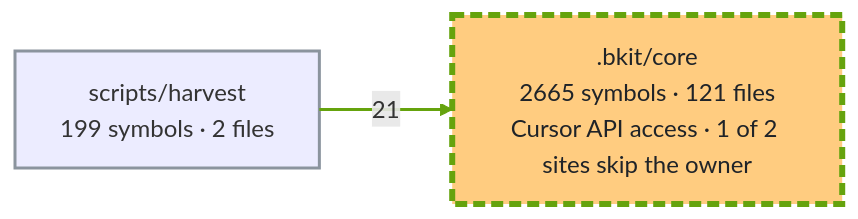
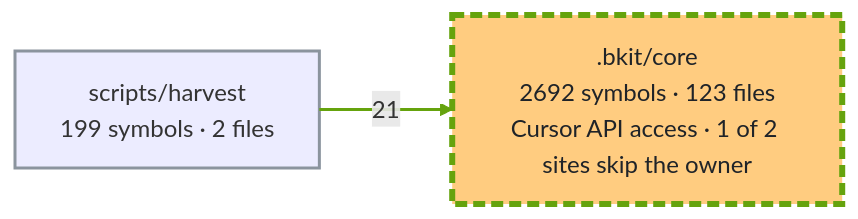
The second of 3 diagrams in docs/capabilities.md (cbartens/bkit), drawn with Mermaid before and after one commit. The commit also changed other lines of this file, not shown here.

Commit message:
docs(graph): rebuild capabilities.md with graphify 0.9.93

````diff
--- a/docs/capabilities.md
+++ b/docs/capabilities.md
@@ -169,16 +169,16 @@
 ```mermaid
 ---
 config:
   layout: elk
   flowchart:
     useMaxWidth: false
 ---
 flowchart LR
-  %% Generated by bkit-graphify-rollup.py from b590db710294eff96f6cb2de18a39f044f1cdaca — do not edit
-  n_bkit_core[".bkit/core<br/>2665 symbols · 121 files<br/>Cursor API access · 1 of 2 sites skip the owner"]
+  %% Generated by bkit-graphify-rollup.py from 7755d0085b8fbb9e2ffdcd49e89eebfaad6894fd — do not edit
+  n_bkit_core[".bkit/core<br/>2692 symbols · 123 files<br/>Cursor API access · 1 of 2 sites skip the owner"]
   nscripts_harvest["scripts/harvest<br/>199 symbols · 2 files"]
   nscripts_harvest -->|21| n_bkit_core
   style n_bkit_core stroke:#65a30d,stroke-width:4px,stroke-dasharray:8 4,fill:#ffcc80,color:#1f2328
   style nscripts_harvest stroke:#8b949e,stroke-width:2px
   linkStyle 0 stroke:#65a30d,stroke-width:2px
 ```
````
